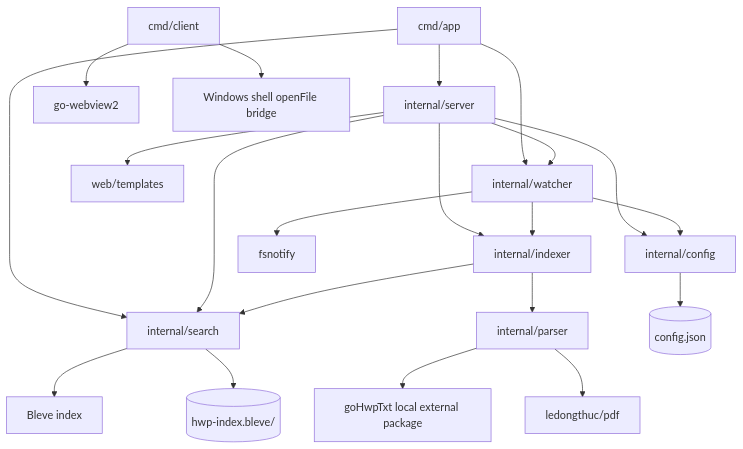
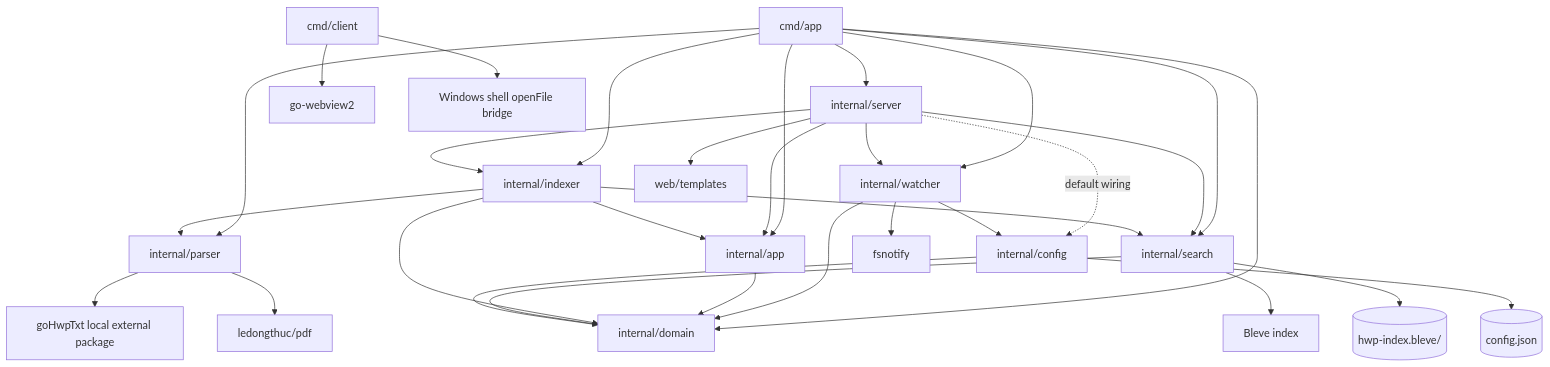
One commit to aprilgom/DocSearcher changed the diagram in ARCHITECTURE.md. Above: the diagram before and after it, drawn with Mermaid. The commit also changed other lines of this file, not shown here.

Commit message:
docs(architecture): 유스케이스 구조 반영

````diff
--- a/ARCHITECTURE.md
+++ b/ARCHITECTURE.md
@@ -55,30 +67,41 @@
 ```mermaid
 flowchart TD
     app[cmd/app] --> search[internal/search]
+    app --> appuse[internal/app]
+    app --> domain[internal/domain]
+    app --> parser[internal/parser]
+    app --> indexer[internal/indexer]
     app --> watcher[internal/watcher]
     app --> server[internal/server]
 
     client[cmd/client] --> webview[go-webview2]
     client --> osopen[Windows shell openFile bridge]
 
-    server --> config[internal/config]
+    server --> appuse
+    server -. default wiring .-> config[internal/config]
     server --> indexer[internal/indexer]
     server --> search
     server --> watcher
     server --> templates[web/templates]
 
     watcher --> config
-    watcher --> indexer
+    watcher --> domain
     watcher --> fsnotify[fsnotify]
 
+    appuse --> domain
+
+    indexer --> appuse
+    indexer --> domain
     indexer --> parser[internal/parser]
     indexer --> search
 
     parser --> gohwptxt[goHwpTxt local external package]
     parser --> pdf[ledongthuc/pdf]
 
     search --> bleve[Bleve index]
+    search --> domain
 
+    config --> domain
     config --> configjson[(config.json)]
     search --> indexdir[(hwp-index.bleve/)]
 ```
````
